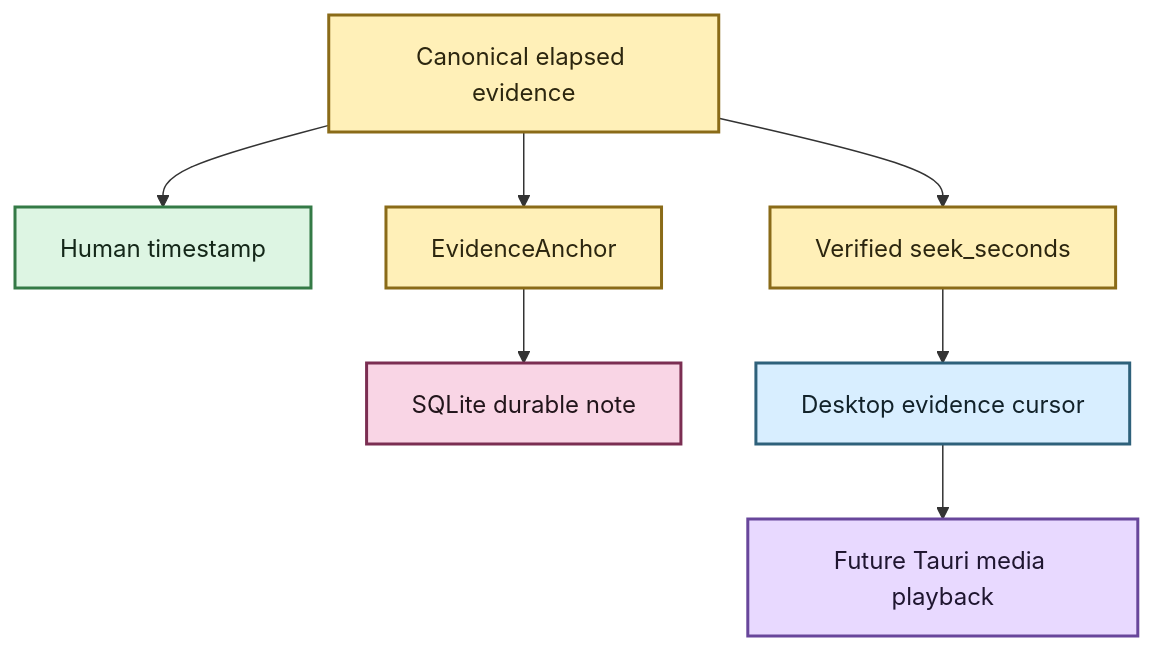
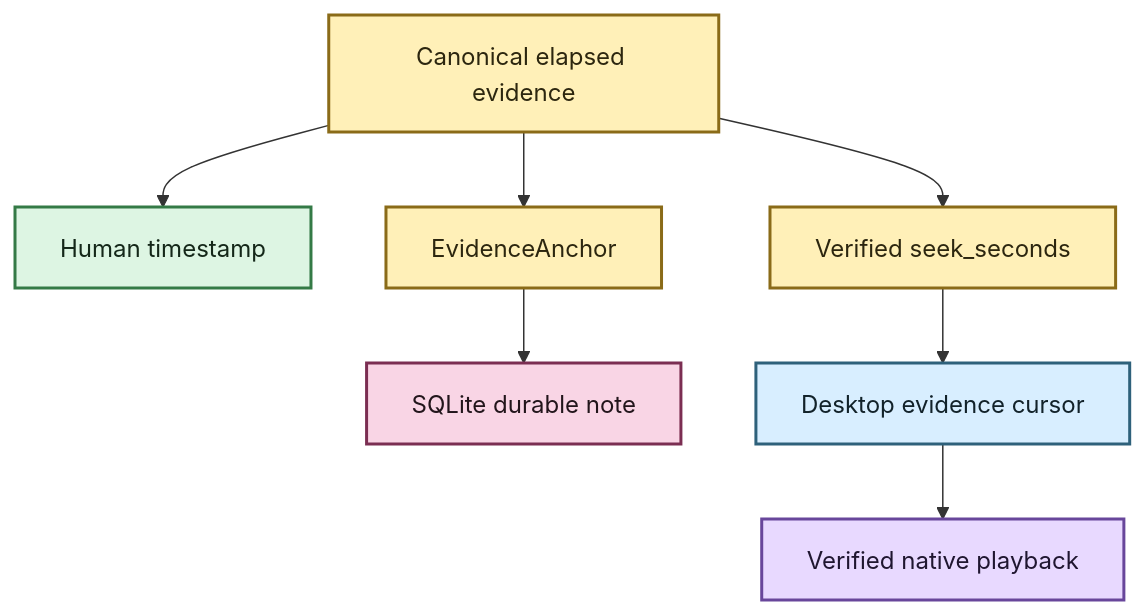
Before and after one commit to SSD1805/EchoFlow: the second of 2 diagrams in docs/architecture/media-and-timeline.md, drawn with Mermaid. The commit also changed other lines of this file, not shown here.

Commit message:
docs: truth-sync media timeline and multitrack behavior

````diff
--- a/docs/architecture/media-and-timeline.md
+++ b/docs/architecture/media-and-timeline.md
@@ -239,21 +266,21 @@
 ```mermaid
 flowchart TD
     A[Canonical elapsed evidence] --> B[Human timestamp]
     A --> C[Verified seek_seconds]
     A --> D[EvidenceAnchor]
     D --> E[SQLite durable note]
     C --> F[Desktop evidence cursor]
-    F --> G[Future Tauri media playback]
+    F --> G[Verified native playback]
 
     classDef evidence fill:#FFF0B8,stroke:#8A6B18,stroke-width:2px,color:#2C260F
     classDef source fill:#F9D5E5,stroke:#7B2E52,stroke-width:2px,color:#22151B
     classDef view fill:#DDF5E3,stroke:#347A46,stroke-width:2px,color:#142719
     classDef inspect fill:#D8EEFF,stroke:#2E617B,stroke-width:2px,color:#12222A
     classDef process fill:#E8D9FF,stroke:#68469B,stroke-width:2px,color:#1F1630
 
     class A,C,D evidence
     class B view
     class E source
     class F inspect
     class G process
 ```
````
